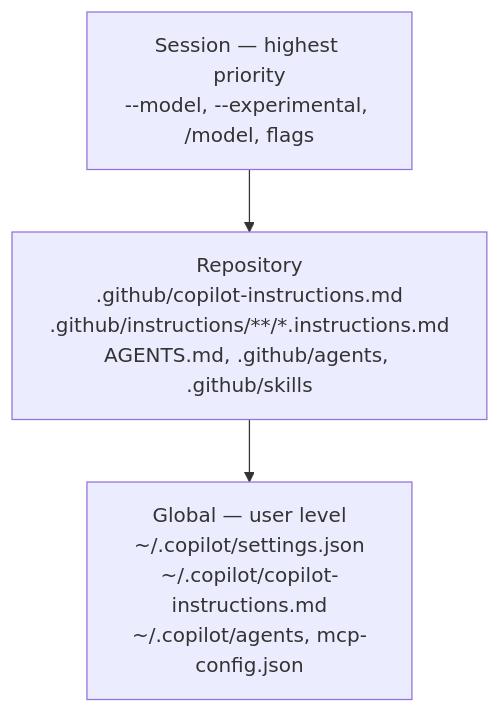
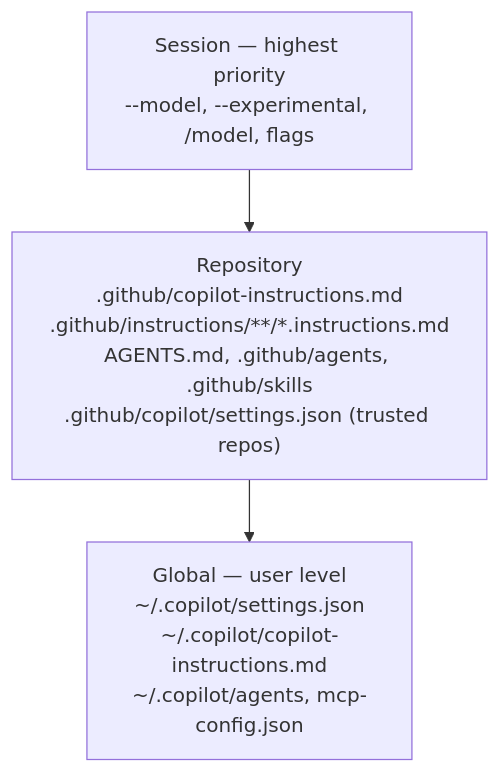
The second of 2 diagrams in docs/copilot_cli_tutorial/getting_started.md (ks6088ts/template-github-copilot), drawn with Mermaid before and after one commit. The commit also changed other lines of this file and 7 other files, not shown here.

````diff
--- a/docs/copilot_cli_tutorial/getting_started.md
+++ b/docs/copilot_cli_tutorial/getting_started.md
@@ -132,5 +132,5 @@
 ```mermaid
 graph TD
-    S["Session — highest priority<br/>--model, --experimental, /model, flags"] --> R["Repository<br/>.github/copilot-instructions.md<br/>.github/instructions/**/*.instructions.md<br/>AGENTS.md, .github/agents, .github/skills"]
+    S["Session — highest priority<br/>--model, --experimental, /model, flags"] --> R["Repository<br/>.github/copilot-instructions.md<br/>.github/instructions/**/*.instructions.md<br/>AGENTS.md, .github/agents, .github/skills<br/>.github/copilot/settings.json (trusted repos)"]
     R --> G["Global — user level<br/>~/.copilot/settings.json<br/>~/.copilot/copilot-instructions.md<br/>~/.copilot/agents, mcp-config.json"]
 ```
````
